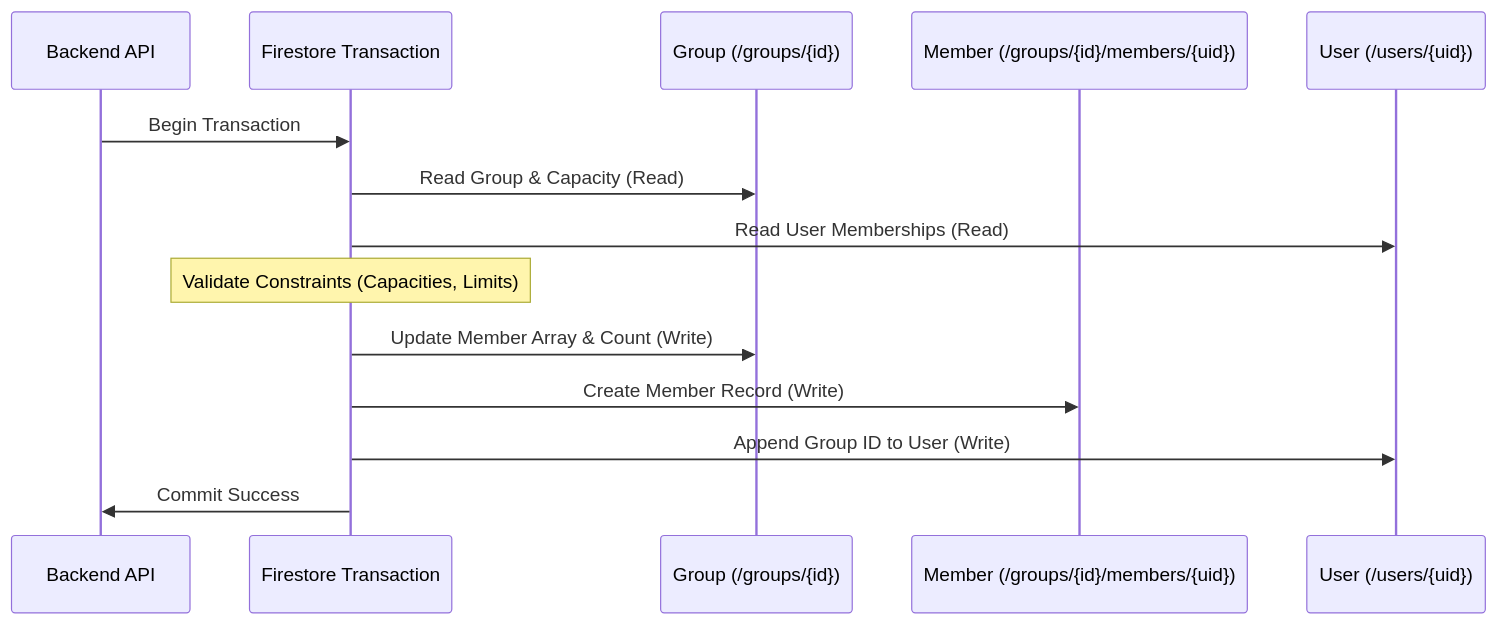
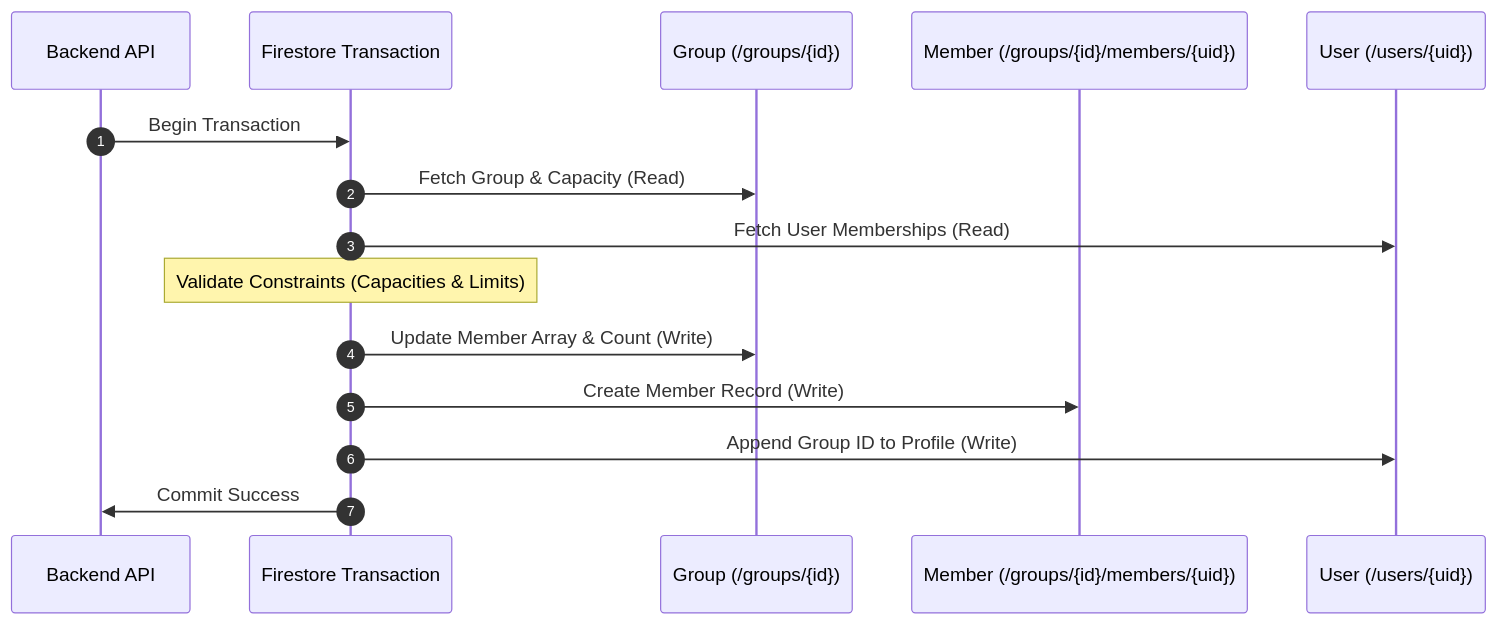
One commit to ScriptureHabit/scripture-habit changed the diagram in docs/firestore-transactions-counters.md. Above: the diagram before and after it, drawn with Mermaid. The commit also changed other lines of this file and 57 other files, not shown here.

Commit message:
docs: refine documentation prose and add structured diagram breakdowns across JA and EN

````diff
--- a/docs/firestore-transactions-counters.md
+++ b/docs/firestore-transactions-counters.md
@@ -39,17 +39,18 @@
 ```mermaid
 sequenceDiagram
+    autonumber
     participant API as Backend API
     participant Tx as Firestore Transaction
     participant G as Group (/groups/{id})
     participant M as Member (/groups/{id}/members/{uid})
     participant U as User (/users/{uid})
 
     API->>Tx: Begin Transaction
-    Tx->>G: Read Group & Capacity (Read)
-    Tx->>U: Read User Memberships (Read)
-    Note over Tx: Validate Constraints (Capacities, Limits)
+    Tx->>G: Fetch Group & Capacity (Read)
+    Tx->>U: Fetch User Memberships (Read)
+    Note over Tx: Validate Constraints (Capacities & Limits)
     Tx->>G: Update Member Array & Count (Write)
     Tx->>M: Create Member Record (Write)
-    Tx->>U: Append Group ID to User (Write)
+    Tx->>U: Append Group ID to Profile (Write)
     Tx->>API: Commit Success
 ```
````
